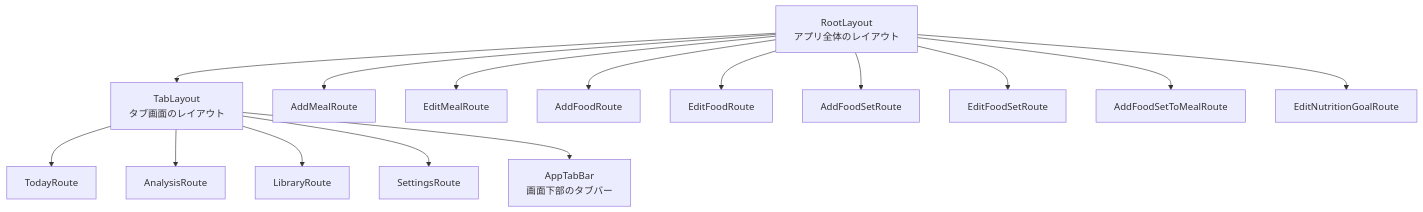
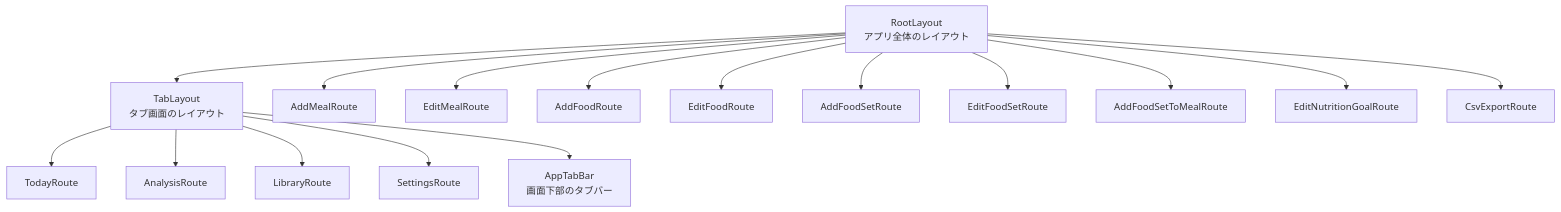
The first of 9 diagrams in docs/component-map.md (takahashi-toshiya/FoodLog), drawn with Mermaid before and after one commit. The commit also changed other lines of this file and 24 other files, not shown here.

Commit message:
feat: add CSV export

````diff
--- a/docs/component-map.md
+++ b/docs/component-map.md
@@ -16,18 +16,19 @@
 ```mermaid
 flowchart TD
   RootLayout["RootLayout<br/>アプリ全体のレイアウト"] --> TabLayout["TabLayout<br/>タブ画面のレイアウト"]
   TabLayout --> TodayRoute["TodayRoute"]
   TabLayout --> AnalysisRoute["AnalysisRoute"]
   TabLayout --> LibraryRoute["LibraryRoute"]
   TabLayout --> SettingsRoute["SettingsRoute"]
   TabLayout --> AppTabBar["AppTabBar<br/>画面下部のタブバー"]
 
   RootLayout --> AddMealRoute["AddMealRoute"]
   RootLayout --> EditMealRoute["EditMealRoute"]
   RootLayout --> AddFoodRoute["AddFoodRoute"]
   RootLayout --> EditFoodRoute["EditFoodRoute"]
   RootLayout --> AddFoodSetRoute["AddFoodSetRoute"]
   RootLayout --> EditFoodSetRoute["EditFoodSetRoute"]
   RootLayout --> AddFoodSetToMealRoute["AddFoodSetToMealRoute"]
   RootLayout --> EditNutritionGoalRoute["EditNutritionGoalRoute"]
+  RootLayout --> CsvExportRoute["CsvExportRoute"]
 ```
````
